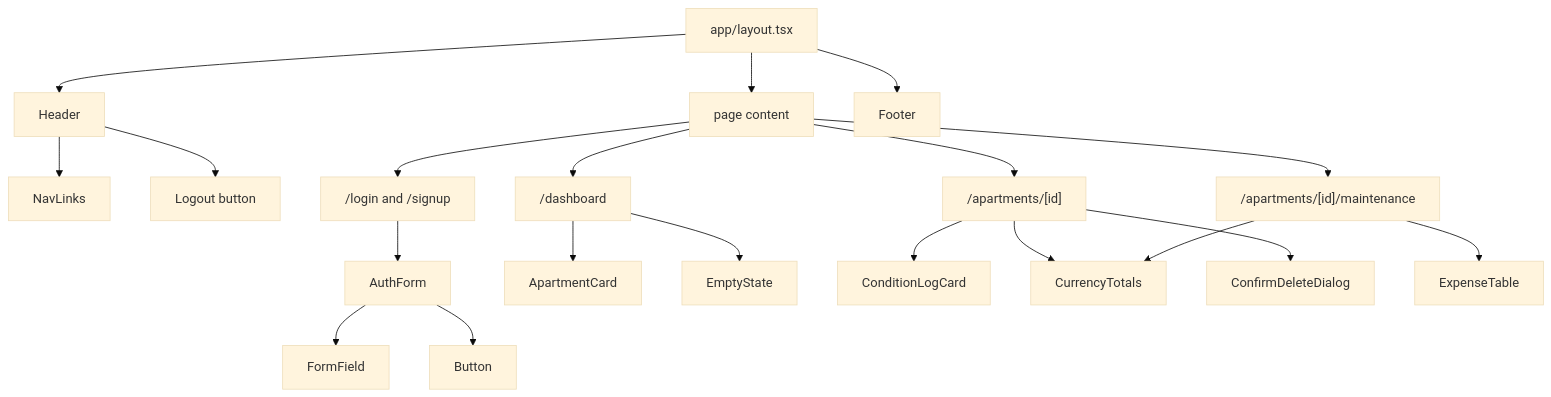
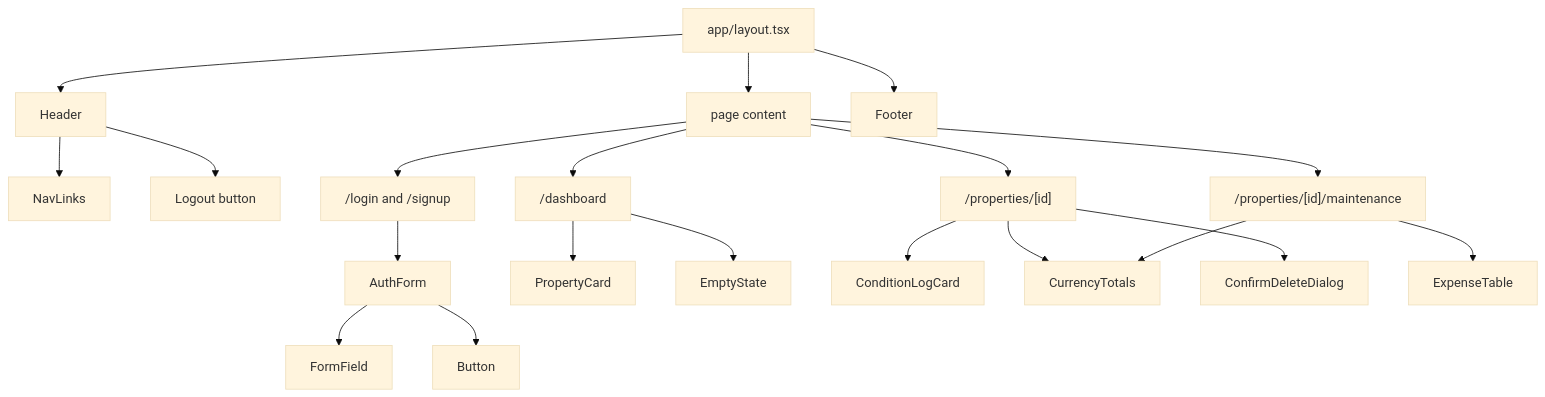
The first of 2 diagrams in docs/architecture.md (ElizabethGreeff/wdd430-team-project), drawn with Mermaid (base theme) before and after one commit. The commit also changed other lines of this file and 1 other file, not shown here.

Commit message:
Rename Apartment to Property to match PR #12

````diff
--- a/docs/architecture.md
+++ b/docs/architecture.md
@@ -41,26 +41,26 @@
 ```mermaid
 flowchart TD
   RootLayout["app/layout.tsx"] --> Header
   RootLayout --> Page["page content"]
   RootLayout --> Footer
   Header --> NavLinks
   Header --> LogoutButton["Logout button"]
 
   Page --> Auth["/login and /signup"]
   Auth --> AuthForm
   AuthForm --> FormField
   AuthForm --> Button
 
   Page --> Dashboard["/dashboard"]
-  Dashboard --> ApartmentCard
+  Dashboard --> PropertyCard
   Dashboard --> EmptyState
 
-  Page --> Apartment["/apartments/[id]"]
-  Apartment --> ConditionLogCard
-  Apartment --> CurrencyTotals
-  Apartment --> ConfirmDeleteDialog
+  Page --> Property["/properties/[id]"]
+  Property --> ConditionLogCard
+  Property --> CurrencyTotals
+  Property --> ConfirmDeleteDialog
 
-  Page --> Maintenance["/apartments/[id]/maintenance"]
+  Page --> Maintenance["/properties/[id]/maintenance"]
   Maintenance --> ExpenseTable
   Maintenance --> CurrencyTotals
 ```
````
